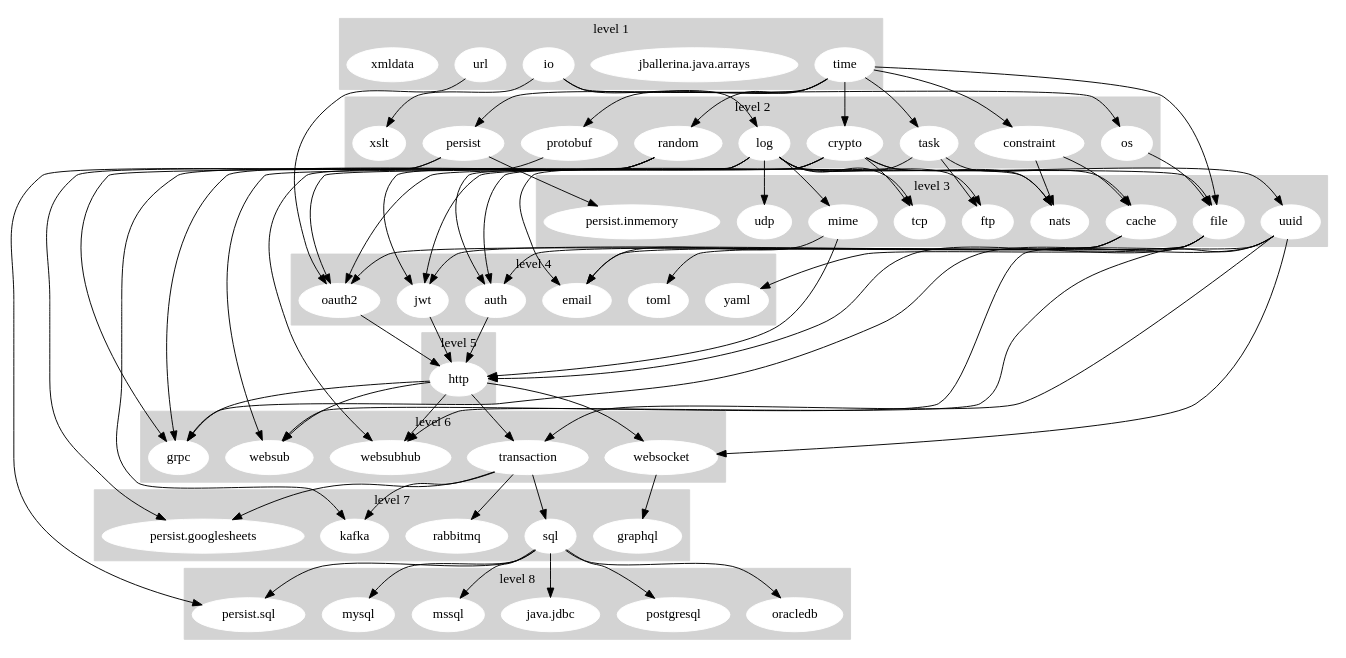
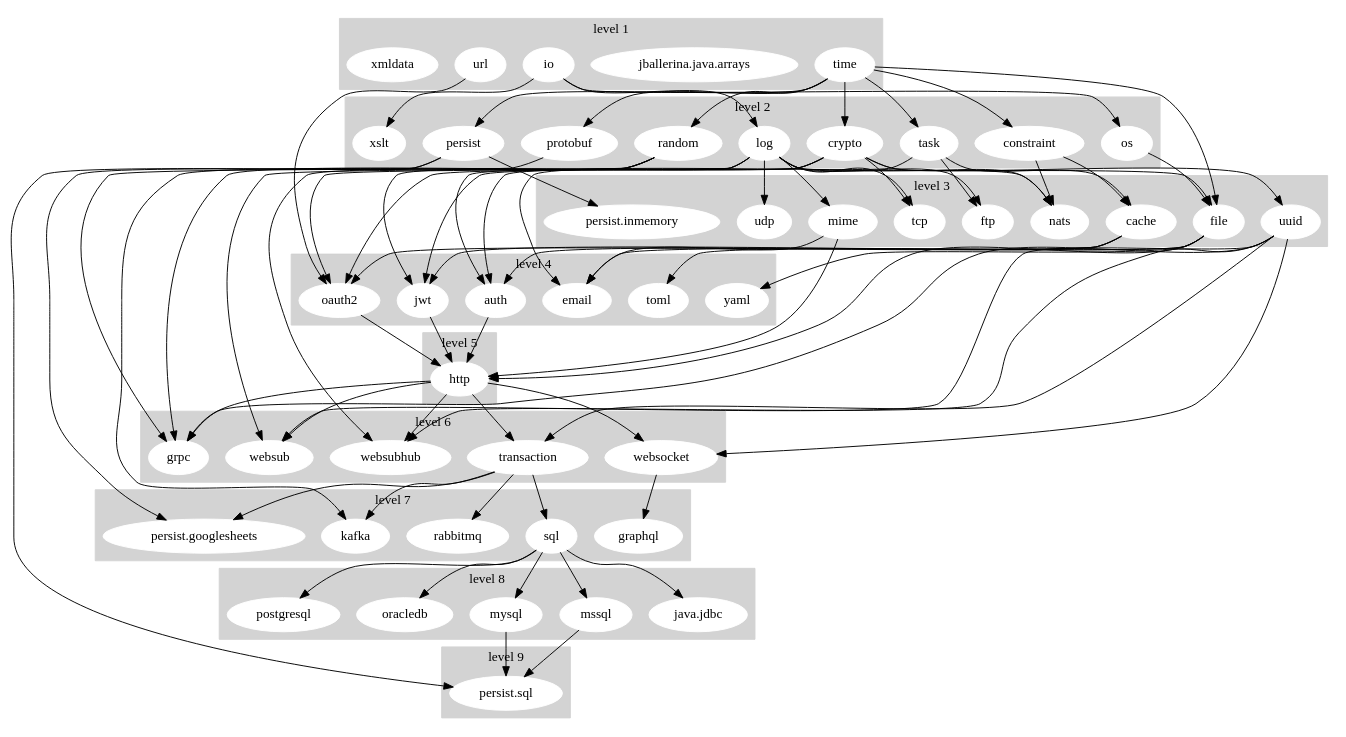
Before and after one commit to ballerina-platform/ballerina-release: the diagram in dashboard/stdlib_graph.gv, drawn with Graphviz.

Commit message:
[Automated] Update Stdlib Dependency Graph

```diff
--- a/dashboard/stdlib_graph.gv
+++ b/dashboard/stdlib_graph.gv
@@ -1,161 +1,167 @@
 digraph "Stdlib Dependency Graph" {
 	subgraph cluster_1 {
 		node [color=white style=filled]
 		color=lightgrey style=filled
 		io
 		"jballerina.java.arrays"
 		time
 		url
 		xmldata
 		label="level 1"
 	}
 	subgraph cluster_2 {
 		node [color=white style=filled]
 		color=lightgrey style=filled
 		constraint
 		crypto
 		log
 		os
 		persist
 		protobuf
 		random
 		task
 		xslt
 		label="level 2"
 	}
 	subgraph cluster_3 {
 		node [color=white style=filled]
 		color=lightgrey style=filled
 		cache
 		file
 		ftp
 		mime
 		nats
 		"persist.inmemory"
 		tcp
 		udp
 		uuid
 		label="level 3"
 	}
 	subgraph cluster_4 {
 		node [color=white style=filled]
 		color=lightgrey style=filled
 		auth
 		email
 		jwt
 		oauth2
 		toml
 		yaml
 		label="level 4"
 	}
 	subgraph cluster_5 {
 		node [color=white style=filled]
 		color=lightgrey style=filled
 		http
 		label="level 5"
 	}
 	subgraph cluster_6 {
 		node [color=white style=filled]
 		color=lightgrey style=filled
 		grpc
 		transaction
 		websocket
 		websub
 		websubhub
 		label="level 6"
 	}
 	subgraph cluster_7 {
 		node [color=white style=filled]
 		color=lightgrey style=filled
 		graphql
 		kafka
 		"persist.googlesheets"
 		rabbitmq
 		sql
 		label="level 7"
 	}
 	subgraph cluster_8 {
 		node [color=white style=filled]
 		color=lightgrey style=filled
 		"java.jdbc"
 		mssql
 		mysql
 		oracledb
-		"persist.sql"
 		postgresql
 		label="level 8"
+	}
+	subgraph cluster_9 {
+		node [color=white style=filled]
+		color=lightgrey style=filled
+		"persist.sql"
+		label="level 9"
 	}
 	io -> log
 	io -> os
 	io -> xslt
 	time -> constraint
 	time -> crypto
 	time -> file
 	time -> persist
 	time -> protobuf
 	time -> random
 	time -> task
 	url -> oauth2
 	constraint -> cache
 	constraint -> nats
 	crypto -> auth
 	crypto -> jwt
 	crypto -> nats
 	crypto -> oauth2
 	crypto -> tcp
 	crypto -> uuid
 	log -> auth
 	log -> file
 	log -> ftp
 	log -> jwt
 	log -> mime
 	log -> nats
 	log -> oauth2
 	log -> tcp
 	log -> udp
 	os -> file
 	persist -> "persist.googlesheets"
 	persist -> "persist.inmemory"
 	persist -> "persist.sql"
 	protobuf -> grpc
 	random -> grpc
 	random -> kafka
 	random -> websub
 	random -> websubhub
 	task -> cache
 	task -> email
 	task -> ftp
 	cache -> auth
 	cache -> jwt
 	cache -> oauth2
 	file -> email
 	file -> http
 	file -> toml
 	file -> yaml
 	mime -> email
 	mime -> http
 	uuid -> grpc
 	uuid -> transaction
 	uuid -> websocket
 	uuid -> websub
 	uuid -> websubhub
 	auth -> http
 	jwt -> http
 	oauth2 -> http
 	http -> grpc
 	http -> transaction
 	http -> websocket
 	http -> websub
 	http -> websubhub
 	transaction -> kafka
 	transaction -> "persist.googlesheets"
 	transaction -> rabbitmq
 	transaction -> sql
 	websocket -> graphql
 	sql -> "java.jdbc"
 	sql -> mssql
 	sql -> mysql
 	sql -> oracledb
-	sql -> "persist.sql"
 	sql -> postgresql
+	mssql -> "persist.sql"
+	mysql -> "persist.sql"
 }
```
